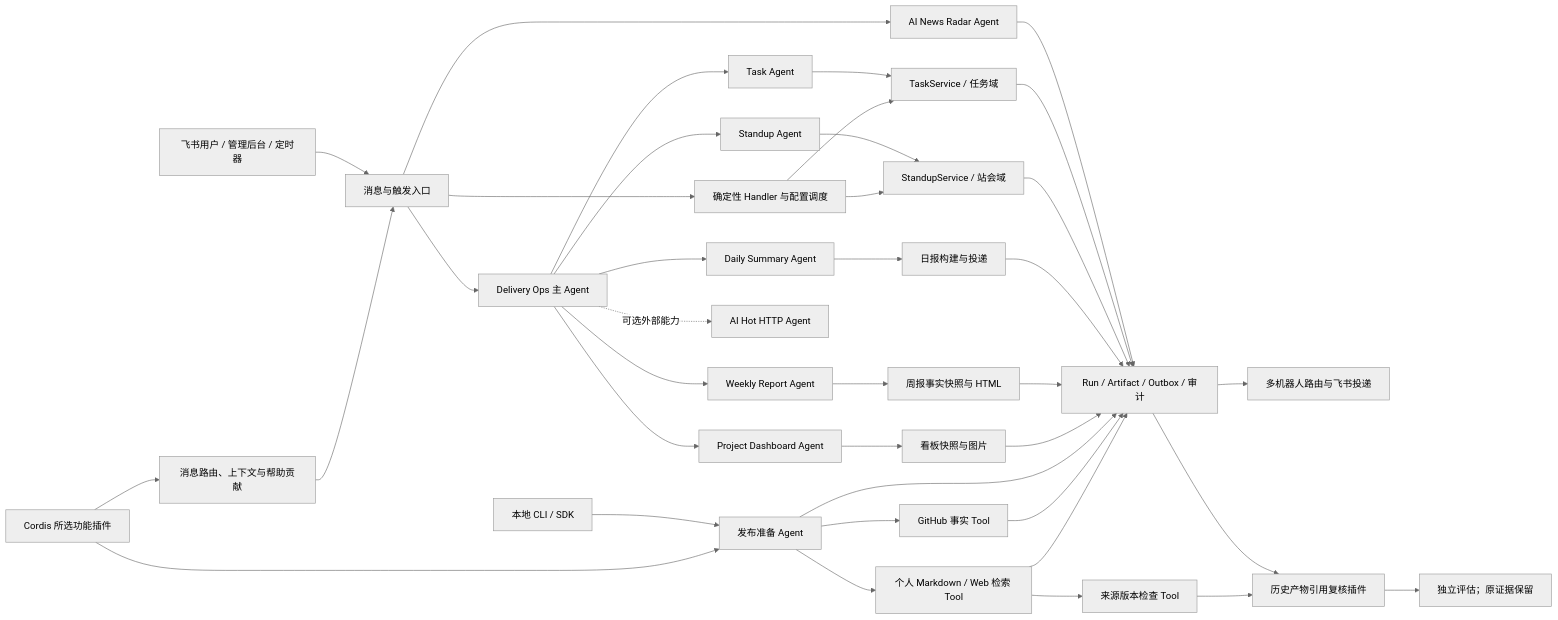
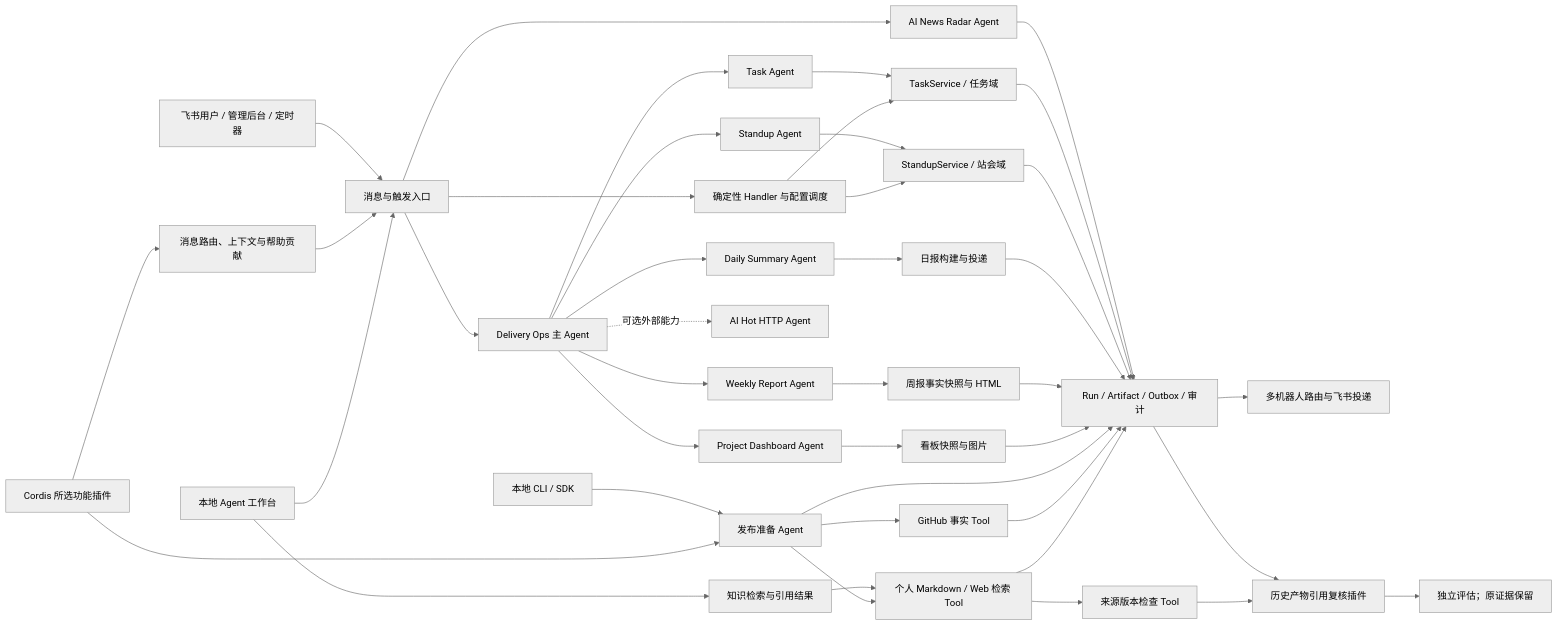
The diagram in docs/features/README.md (KlayPeter/AI-Delivery-Ops-Agent), drawn with Mermaid (neutral theme) before and after one commit. The commit also changed other lines of this file and 36 other files, not shown here.

````diff
--- a/docs/features/README.md
+++ b/docs/features/README.md
@@ -5,40 +5,43 @@
 ```mermaid
 flowchart LR
     U["飞书用户 / 管理后台 / 定时器"] --> R["消息与触发入口"]
     R --> M["Delivery Ops 主 Agent"]
     M --> T["Task Agent"]
     M --> S["Standup Agent"]
     M --> D["Daily Summary Agent"]
     M --> W["Weekly Report Agent"]
     M --> P["Project Dashboard Agent"]
     R --> N["AI News Radar Agent"]
     N --> O
     M -. 可选外部能力 .-> H["AI Hot HTTP Agent"]
     T --> TS["TaskService / 任务域"]
     S --> SS["StandupService / 站会域"]
     D --> DS["日报构建与投递"]
     W --> WS["周报事实快照与 HTML"]
     P --> PS["看板快照与图片"]
     FP["Cordis 所选功能插件"] --> MC["消息路由、上下文与帮助贡献"]
     MC --> R
     R --> C["确定性 Handler 与配置调度"]
     C --> TS
     C --> SS
     TS --> O["Run / Artifact / Outbox / 审计"]
     SS --> O
     DS --> O
     WS --> O
     PS --> O
     O --> B["多机器人路由与飞书投递"]
+    UI[本地 Agent 工作台] --> R
+    UI --> UIK[知识检索与引用结果]
+    UIK --> PK
     LP["本地 CLI / SDK"] --> RP["发布准备 Agent"]
     FP --> RP
     RP --> GH["GitHub 事实 Tool"]
     RP --> PK["个人 Markdown / Web 检索 Tool"]
     RP --> O
     GH --> O
     PK --> O
     PK --> IV[来源版本检查 Tool]
     O --> KI[历史产物引用复核插件]
     IV --> KI
     KI --> AS[独立评估；原证据保留]
 ```
````
